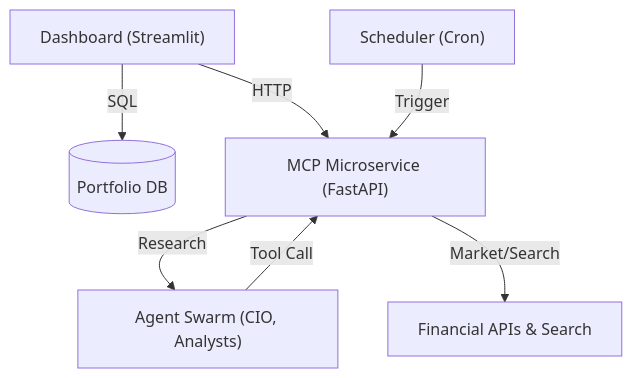
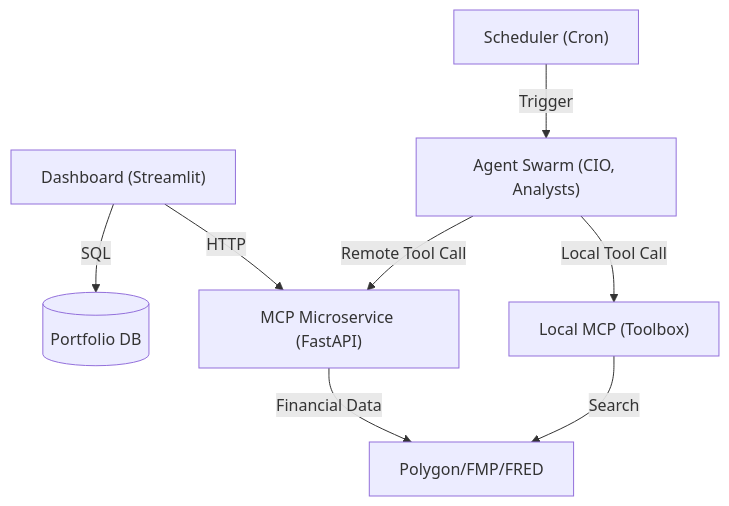
The first of 2 diagrams in wiki/04_架構觀點-Architect_Views/系統全景圖-System-Landscape.md (neohsiung/AI-Investment-Advisor), drawn with Mermaid before and after one commit. The commit also changed other lines of this file and 3 other files, not shown here.

````diff
--- a/wiki/04_架構觀點-Architect_Views/系統全景圖-System-Landscape.md
+++ b/wiki/04_架構觀點-Architect_Views/系統全景圖-System-Landscape.md
@@ -29,9 +29,10 @@
 ```mermaid
 graph TD
     UI["Dashboard (Streamlit)"] -->|SQL| DB[(Portfolio DB)]
-    UI -->|HTTP| MCP["MCP Microservice (FastAPI)"]
-    Sch["Scheduler (Cron)"] -->|Trigger| MCP
-    MCP -->|Research| Agents["Agent Swarm (CIO, Analysts)"]
-    Agents -->|Tool Call| MCP
-    MCP -->|Market/Search| APIs[Financial APIs & Search]
+    UI -->|HTTP| MCP_Serv["MCP Microservice (FastAPI)"]
+    Sch["Scheduler (Cron)"] -->|Trigger| Agents["Agent Swarm (CIO, Analysts)"]
+    Agents -->|Local Tool Call| Local["Local MCP (Toolbox)"]
+    Agents -->|Remote Tool Call| MCP_Serv
+    MCP_Serv -->|Financial Data| APIs[Polygon/FMP/FRED]
+    Local -->|Search| APIs
 ```
````
